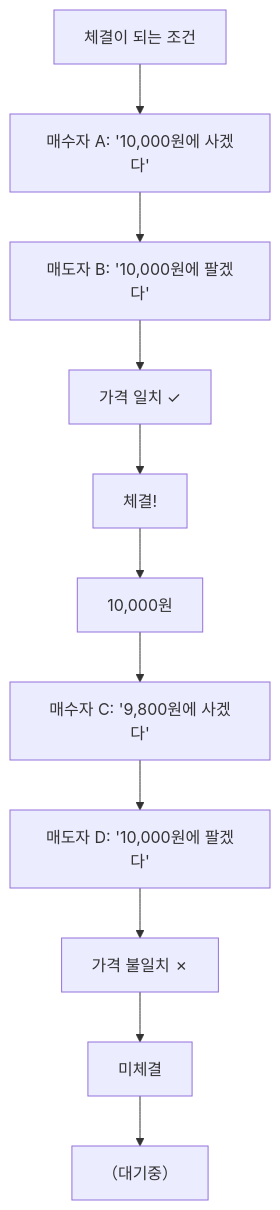
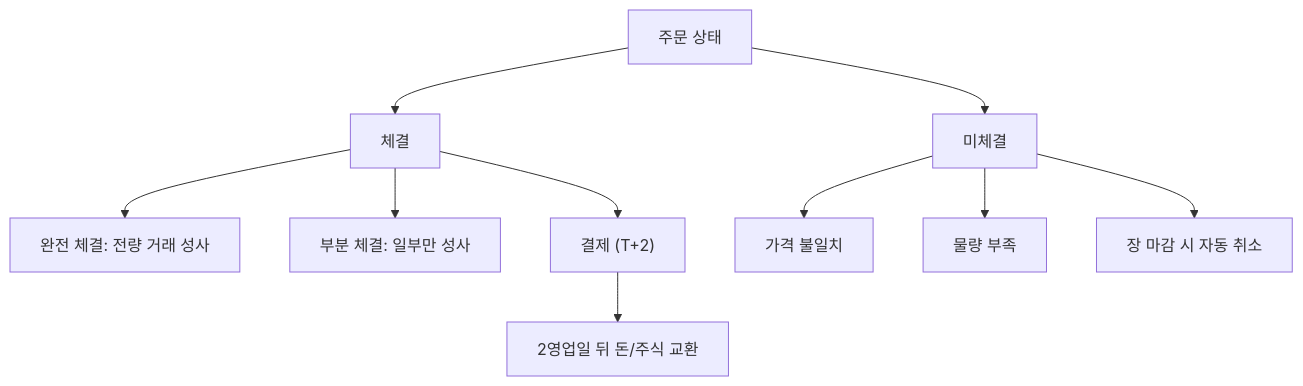
One commit to yeongseon/stock-visual-note changed the diagram in content/stock-terms/ko/level-02-market-trading/execution.md. Above: the diagram before and after it, drawn with Mermaid. The commit also changed other lines of this file and 96 other files, not shown here.

Commit message:
Rewrite all 98 remaining articles: branching Mermaid diagrams, natural search_intent, compelling seo_titles, clean descriptions

````diff
--- a/content/stock-terms/ko/level-02-market-trading/execution.md
+++ b/content/stock-terms/ko/level-02-market-trading/execution.md
@@ -53,24 +49,12 @@
 ```mermaid
 graph TD
-    A0["체결이 되는 조건"]
-    A1["매수자 A: '10,000원에 사겠다'"]
-    A2["매도자 B: '10,000원에 팔겠다'"]
-    A3["가격 일치 ✓"]
-    A4["체결!"]
-    A5["10,000원"]
-    A6["매수자 C: '9,800원에 사겠다'"]
-    A7["매도자 D: '10,000원에 팔겠다'"]
-    A8["가격 불일치 ✗"]
-    A9["미체결"]
-    A10["（대기중）"]
-    A0 --> A1
-    A1 --> A2
-    A2 --> A3
-    A3 --> A4
-    A4 --> A5
-    A5 --> A6
-    A6 --> A7
-    A7 --> A8
-    A8 --> A9
-    A9 --> A10
+    A["주문 상태"] --> B["체결"]
+    A --> C["미체결"]
+    B --> B1["완전 체결: 전량 거래 성사"]
+    B --> B2["부분 체결: 일부만 성사"]
+    C --> C1["가격 불일치"]
+    C --> C2["물량 부족"]
+    C --> C3["장 마감 시 자동 취소"]
+    B --> D["결제 (T+2)"]
+    D --> D1["2영업일 뒤 돈/주식 교환"]
 ```
````
